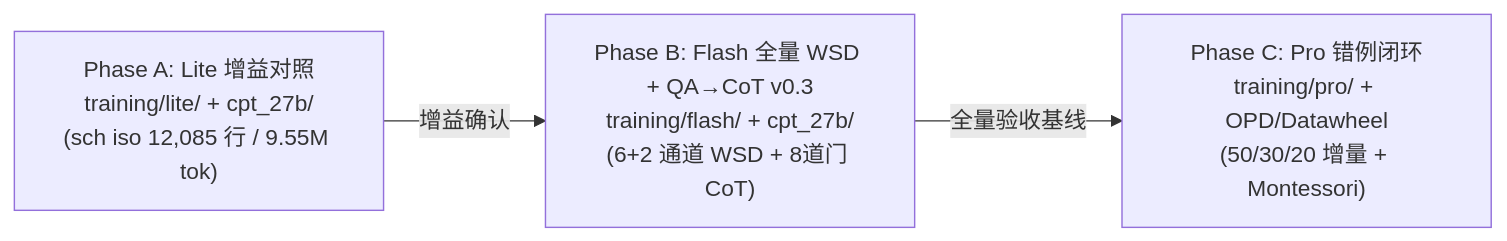
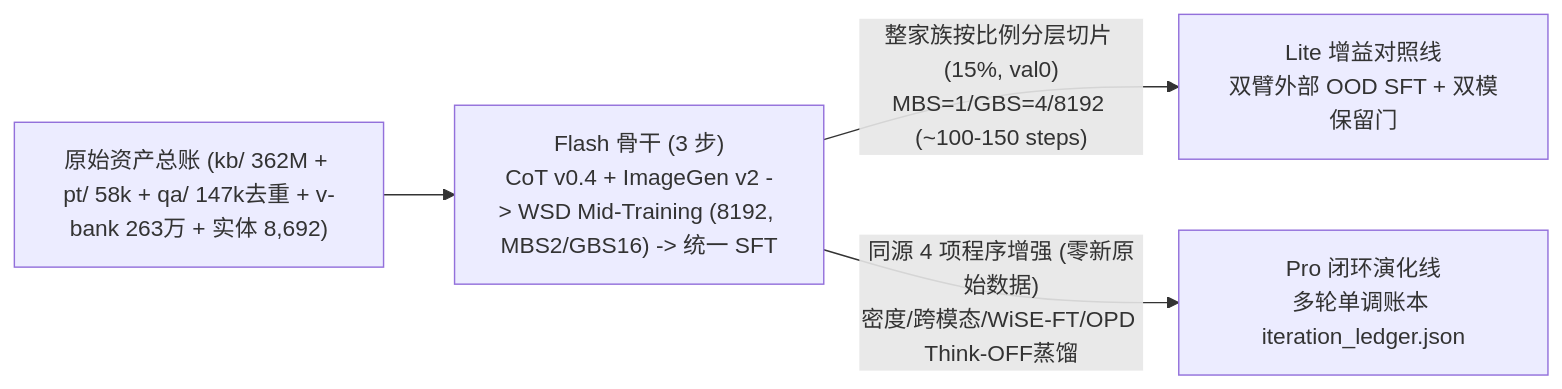
Before and after one commit to qianlvguang/CPT-SFT: the diagram in docs/training_plans/README.md, drawn with Mermaid. The commit also changed other lines of this file and 34 other files, not shown here.

Commit message:
Upgrade v2.0 single-source Lite/Flash/Pro pipeline, CoT v0.4 & ImageGen v2

````diff
--- a/docs/training_plans/README.md
+++ b/docs/training_plans/README.md
@@ -10,5 +12,6 @@
 ```mermaid
 flowchart LR
-    LITE["Phase A: Lite 增益对照<br>training/lite/ + cpt_27b/<br>(sch iso 12,085 行 / 9.55M tok)"] -->|"增益确认"| FLASH["Phase B: Flash 全量 WSD + QA→CoT v0.3<br>training/flash/ + cpt_27b/<br>(6+2 通道 WSD + 8道门 CoT)"]
-    FLASH -->|"全量验收基线"| PRO["Phase C: Pro 错例闭环<br>training/pro/ + OPD/Datawheel<br>(50/30/20 增量 + Montessori)"]
+    RAW["原始资产总账 (kb/ 362M + pt/ 58k + qa/ 147k去重 + v-bank 263万 + 实体 8,692)"] --> FLASH["Flash 骨干 (3 步)<br>CoT v0.4 + ImageGen v2 -> WSD Mid-Training (8192, MBS2/GBS16) -> 统一 SFT"]
+    FLASH -->|"整家族按比例分层切片 (15%, val0)<br>MBS=1/GBS=4/8192 (~100-150 steps)"| LITE["Lite 增益对照线<br>双臂外部 OOD SFT + 双模保留门"]
+    FLASH -->|"同源 4 项程序增强 (零新原始数据)<br>密度/跨模态/WiSE-FT/OPD Think-OFF蒸馏"| PRO["Pro 闭环演化线<br>多轮单调账本 iteration_ledger.json"]
 ```
````
